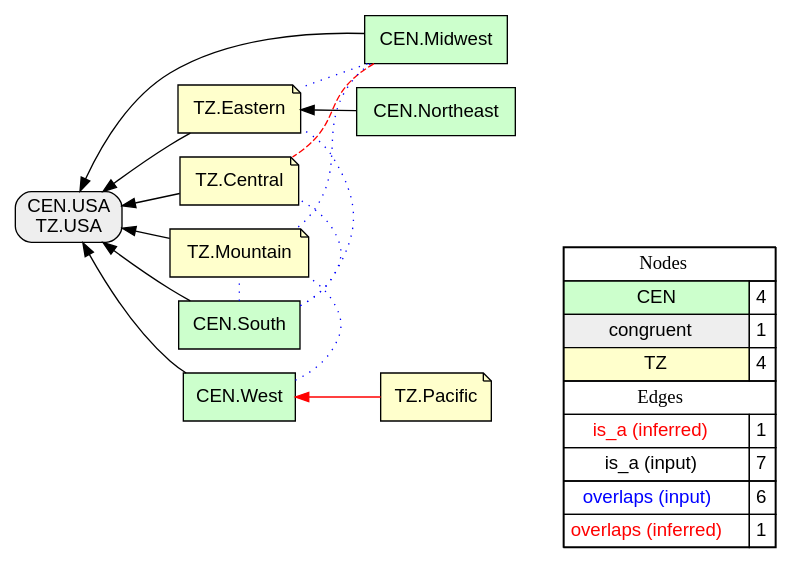
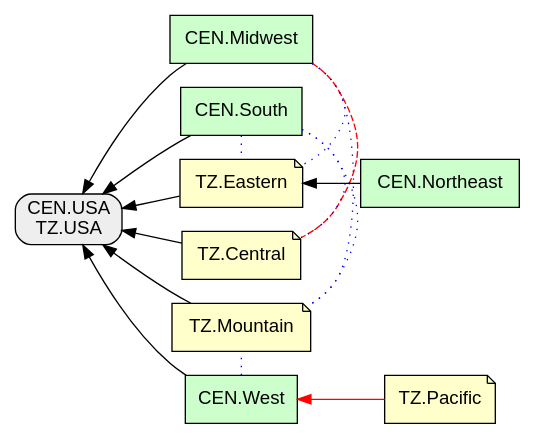
Before and after one commit to qwang70/GraphVizDotToDatabaseParsing: the diagram in example/regional.gv, drawn with Graphviz. The commit also changed 26 other files, not shown here.

```diff
--- a/example/regional.gv
+++ b/example/regional.gv
@@ -1,66 +1,35 @@
 digraph{
 rankdir=RL
 node[shape=box style=filled fillcolor="#CCFFCC" fontname="helvetica"] 
 "CEN.Midwest"
 "CEN.South"
 "CEN.Northeast"
 "CEN.West"
 node[shape=box style="filled,rounded" fillcolor="#EEEEEE" fontname="helvetica"] 
 "CEN.USA\nTZ.USA"
 node[shape=note style=filled fillcolor="#FFFFCC" fontname="helvetica"] 
 "TZ.Eastern"
 "TZ.Pacific"
 "TZ.Central"
 "TZ.Mountain"
 edge[arrowhead=normal style=solid color="#FF0000" constraint=true penwidth=1]
 "TZ.Pacific" -> "CEN.West"
 edge[arrowhead=normal style=dotted color="#000000" constraint=true penwidth=1]
 edge[arrowhead=normal style=solid color="#000000" constraint=true penwidth=1]
 "CEN.South" -> "CEN.USA\nTZ.USA"
 "CEN.Midwest" -> "CEN.USA\nTZ.USA"
 "TZ.Eastern" -> "CEN.USA\nTZ.USA"
 "TZ.Central" -> "CEN.USA\nTZ.USA"
 "CEN.Northeast" -> "TZ.Eastern"
 "CEN.West" -> "CEN.USA\nTZ.USA"
 "TZ.Mountain" -> "CEN.USA\nTZ.USA"
 edge[arrowhead=none style=dotted color="#0000FF" constraint=false penwidth=1]
 "CEN.South" -> "TZ.Mountain"
 "CEN.West" -> "TZ.Mountain"
 "CEN.Midwest" -> "TZ.Mountain"
 "CEN.South" -> "TZ.Central"
 "CEN.Midwest" -> "TZ.Eastern"
 "CEN.South" -> "TZ.Eastern"
 edge[arrowhead=none style=dashed color="#FF0000" constraint=false penwidth=1]
 "CEN.Midwest" -> "TZ.Central"
-node[shape=box] 
-{rank=source Legend [fillcolor= white margin=0 label=< 
- <TABLE BORDER="0" CELLBORDER="1" CELLSPACING="0" CELLPADDING="4"> 
-<TR> <TD COLSPAN="2"><font face="Arial Black"> Nodes</font></TD> </TR> 
-<TR> 
- <TD bgcolor="#CCFFCC" fontname="helvetica">CEN</TD> 
- <TD>4</TD> 
- </TR> 
-<TR> 
- <TD bgcolor="#EEEEEE" fontname="helvetica">congruent</TD> 
- <TD>1</TD> 
- </TR> 
-<TR> 
- <TD bgcolor="#FFFFCC" fontname="helvetica">TZ</TD> 
- <TD>4</TD> 
- </TR> 
-<TR> <TD COLSPAN="2"><font face = "Arial Black"> Edges </font></TD> </TR> 
-<TR> 
- <TD><font color ="#FF0000">is_a (inferred)</font></TD><TD>1</TD>
-</TR>
-<TR> 
- <TD><font color ="#000000">is_a (input)</font></TD><TD>7</TD>
-</TR>
-<TR> 
- <TD><font color ="#0000FF">overlaps (input)</font></TD><TD>6</TD>
-</TR>
-<TR> 
- <TD><font color ="#FF0000">overlaps (inferred)</font></TD><TD>1</TD>
-</TR>
-</TABLE> 
- >] } 
 }
```
